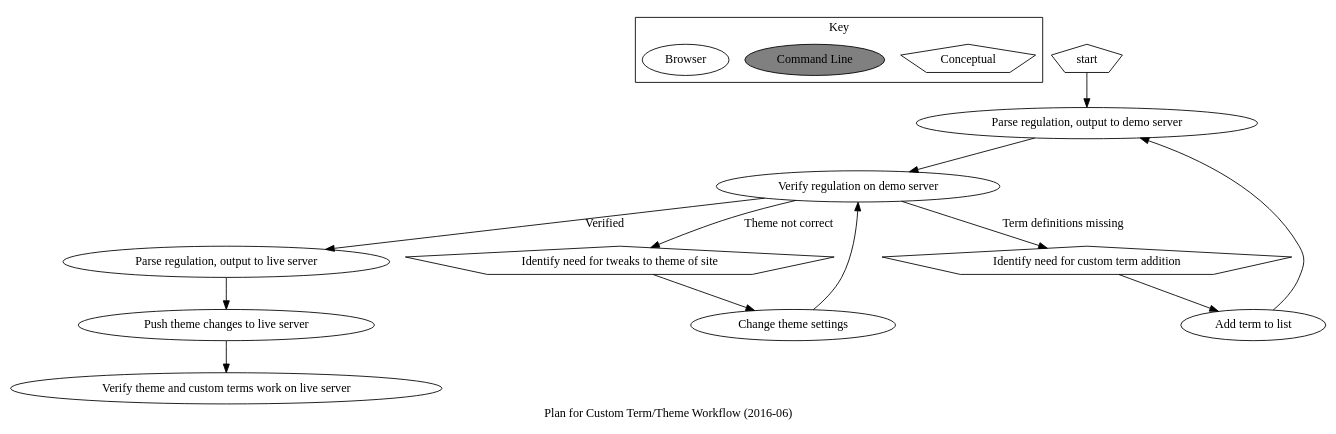
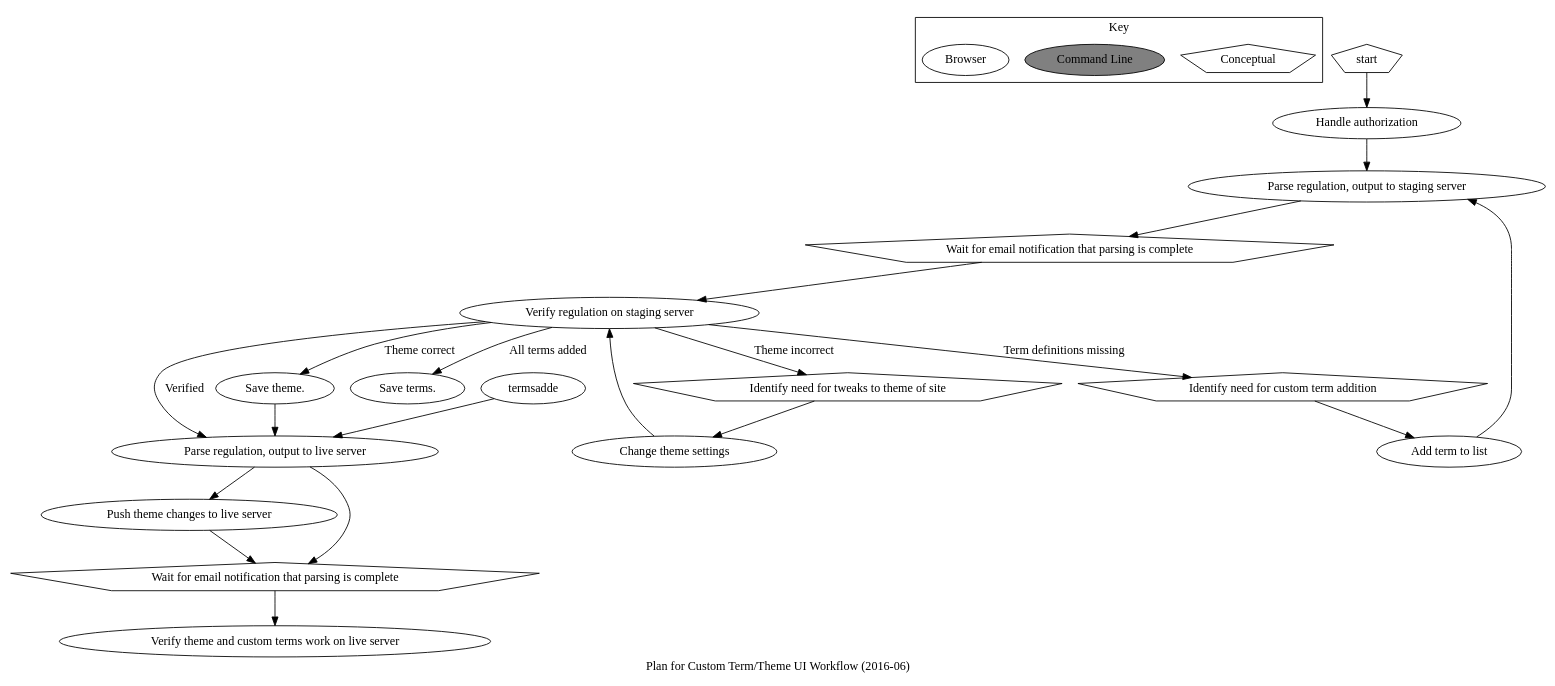
Before and after one commit to tadhg-ohiggins/eregs-platform: the diagram in docs/ui-workflow.dot, drawn with Graphviz. The commit also changed 1 other file, not shown here.

Commit message:
Documentation: expand UI and CLI flowcharts.

```diff
--- a/docs/ui-workflow.dot
+++ b/docs/ui-workflow.dot
@@ -1,37 +1,49 @@
 digraph {
-    label="Plan for Custom Term/Theme Workflow (2016-06)";
+    label="Plan for Custom Term/Theme UI Workflow (2016-06)";
     subgraph cluster_01 {
         node [style=filled, color=black];
         "Conceptual"[shape=pentagon, fillcolor=white];
         "Command Line"[style=filled, fillcolor=grey];
         "Browser"[style=filled, fillcolor=white];
         label="Key";
     }
 
-    start -> parse;
-    parse -> verify;
+    start -> auth;
+    auth -> parse;
+    parse -> wait;
+    wait -> verify;
     verify -> identify [label="Term definitions missing"];
     identify -> addterm
-    addterm;
     addterm -> parse;
 
     verify -> parselive [label="Verified"];
     parselive -> siterebuildlive;
-    siterebuildlive -> live;
+    parselive -> waitlive;
+    siterebuildlive -> waitlive;
+    waitlive -> live;
+    verify -> themedone [label="Theme correct"];
+    themedone -> parselive;
+    verify -> termsadded [label="All terms added"];
+    termsadde -> parselive;
 
-    verify -> themeneed [label="Theme not correct"];
+    verify -> themeneed [label="Theme incorrect"];
     themeneed -> cssoverride;
     cssoverride -> verify;
 
     start[shape=pentagon];
-    parse[label="Parse regulation, output to demo server"];
-    verify[label="Verify regulation on demo server"];
+    auth[label="Handle authorization"];
+    parse[label="Parse regulation, output to staging server"];
+    wait[label="Wait for email notification that parsing is complete", shape=pentagon];
+    waitlive[label="Wait for email notification that parsing is complete", shape=pentagon];
+    verify[label="Verify regulation on staging server"];
     identify[label="Identify need for custom term addition", shape=pentagon];
     addterm[label="Add term to list"];
+    themedone[label="Save theme."];
     themeneed[label="Identify need for tweaks to theme of site", shape=pentagon];
+    termsadded[label="Save terms."];
     cssoverride[label="Change theme settings"];
     parselive[label="Parse regulation, output to live server"];
     siterebuildlive[label="Push theme changes to live server"];
     live[label="Verify theme and custom terms work on live server"];
 
 }
```
